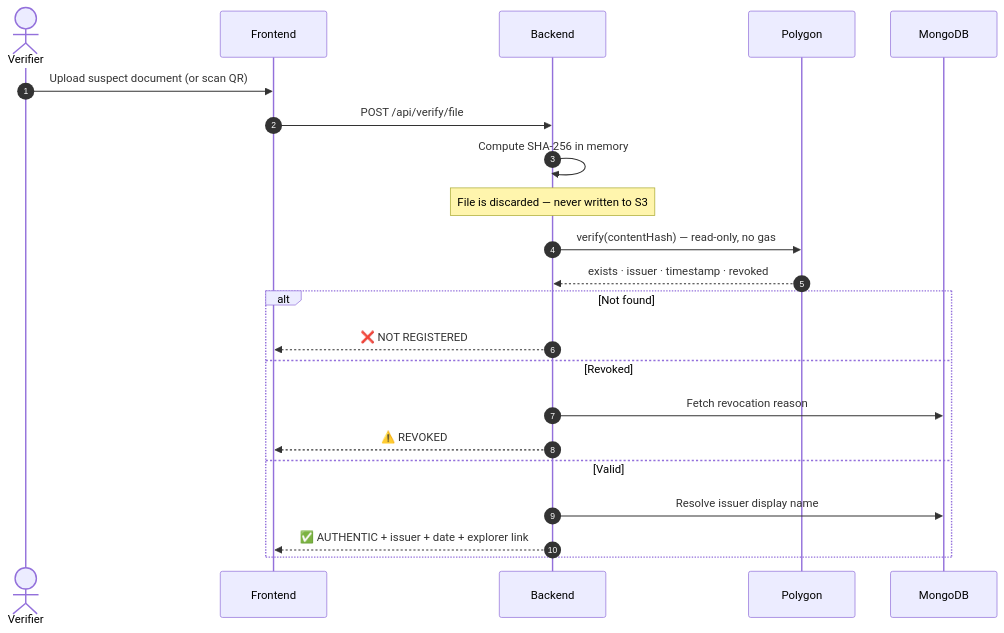
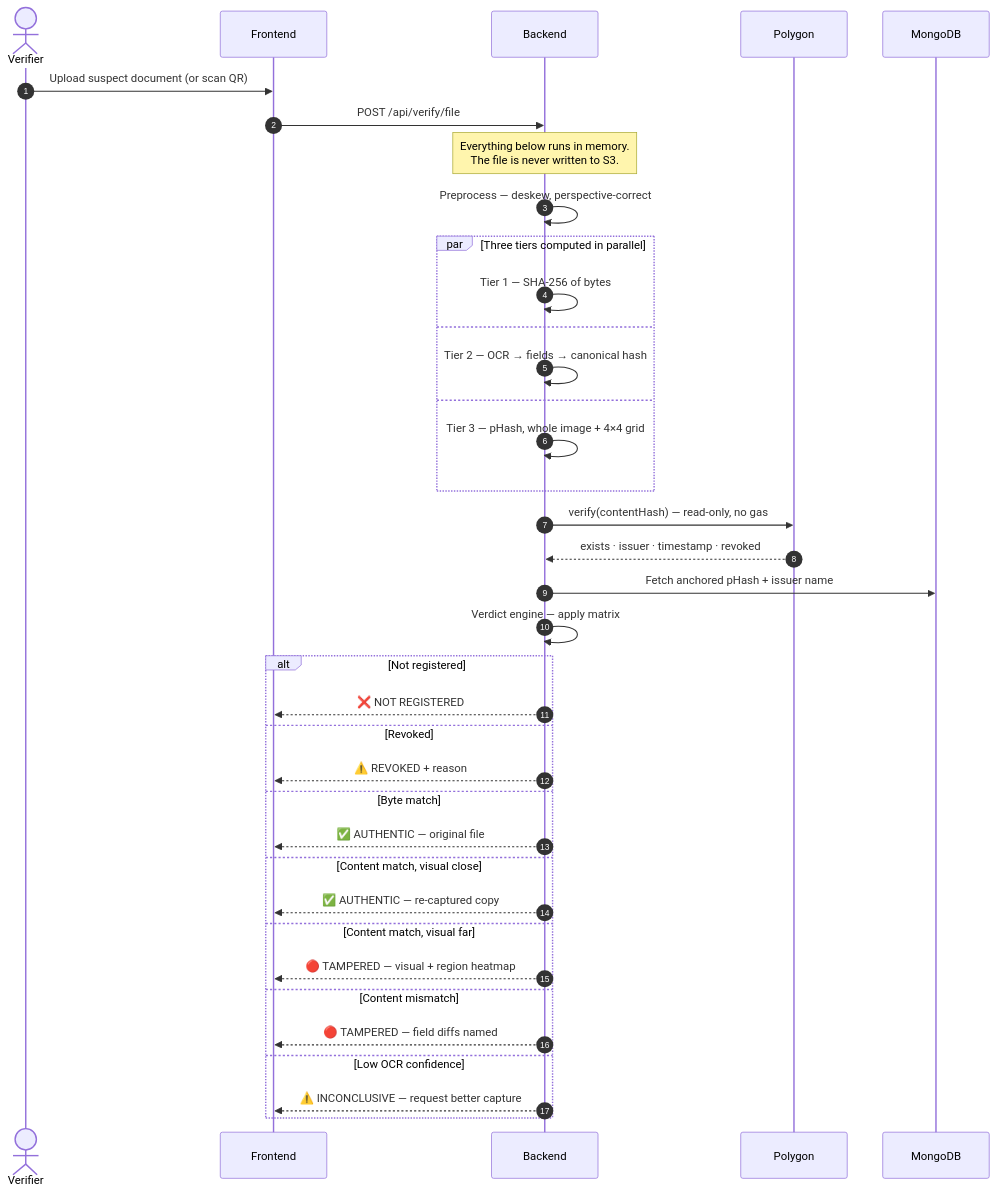
One commit to jpsiddharth2008/MindForge-Tatva-Finals changed the fourth of 4 diagrams in README.md. Above: the diagram before and after it, drawn with Mermaid. The commit also changed other lines of this file and 1 other file, not shown here.

First line of the commit message:
docs: three-tier hashing and tamper-detection model

````diff
--- a/README.md
+++ b/README.md
@@ -208,27 +283,44 @@
 ```mermaid
 sequenceDiagram
     autonumber
     actor V as Verifier
     participant FE as Frontend
     participant API as Backend
     participant BC as Polygon
     participant DB as MongoDB
 
     V->>FE: Upload suspect document (or scan QR)
     FE->>API: POST /api/verify/file
-    API->>API: Compute SHA-256 in memory
-    Note over API: File is discarded — never written to S3
+    Note over API: Everything below runs in memory.<br/>The file is never written to S3.
+
+    API->>API: Preprocess — deskew, perspective-correct
+    par Three tiers computed in parallel
+        API->>API: Tier 1 — SHA-256 of bytes
+    and
+        API->>API: Tier 2 — OCR → fields → canonical hash
+    and
+        API->>API: Tier 3 — pHash, whole image + 4×4 grid
+    end
 
     API->>BC: verify(contentHash) — read-only, no gas
     BC-->>API: exists · issuer · timestamp · revoked
+    API->>DB: Fetch anchored pHash + issuer name
 
-    alt Not found
+    API->>API: Verdict engine — apply matrix
+
+    alt Not registered
         API-->>FE: ❌ NOT REGISTERED
     else Revoked
-        API->>DB: Fetch revocation reason
-        API-->>FE: ⚠️ REVOKED
-    else Valid
-        API->>DB: Resolve issuer display name
-        API-->>FE: ✅ AUTHENTIC + issuer + date + explorer link
+        API-->>FE: ⚠️ REVOKED + reason
+    else Byte match
+        API-->>FE: ✅ AUTHENTIC — original file
+    else Content match, visual close
+        API-->>FE: ✅ AUTHENTIC — re-captured copy
+    else Content match, visual far
+        API-->>FE: 🔴 TAMPERED — visual + region heatmap
+    else Content mismatch
+        API-->>FE: 🔴 TAMPERED — field diffs named
+    else Low OCR confidence
+        API-->>FE: ⚠️ INCONCLUSIVE — request better capture
     end
 ```
````
